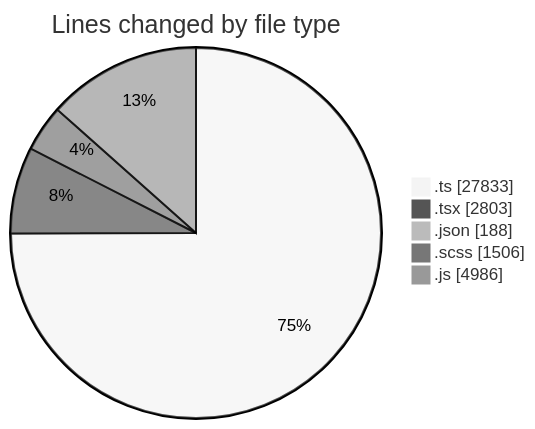
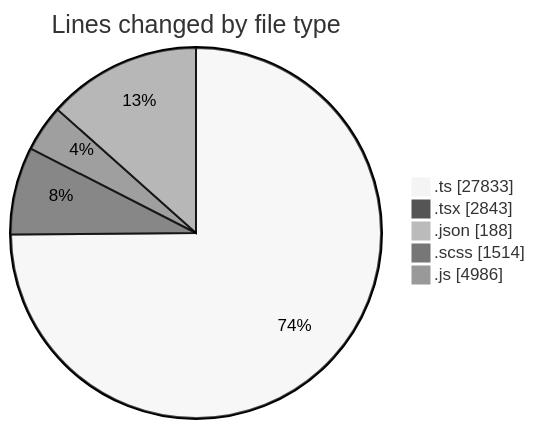
One commit to momahboobian/code-tracking changed the first of 2 diagrams in 2026-05-07/cda/README.md. Above: the diagram before and after it, drawn with Mermaid (neutral theme). The commit also changed other lines of this file and 1 other file, not shown here.

````diff
--- a/2026-05-07/cda/README.md
+++ b/2026-05-07/cda/README.md
@@ -52,9 +52,9 @@
 ```mermaid
 pie showData
 title Lines changed by file type
 ".ts" : 27833
-".tsx" : 2803
+".tsx" : 2843
 ".json" : 188
-".scss" : 1506
+".scss" : 1514
 ".js" : 4986
 ```
````
